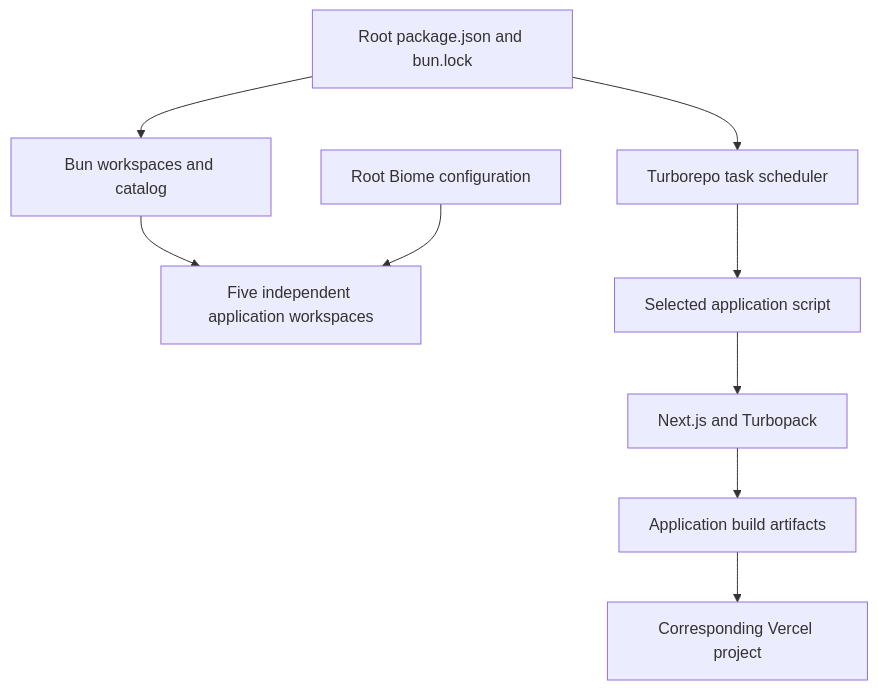
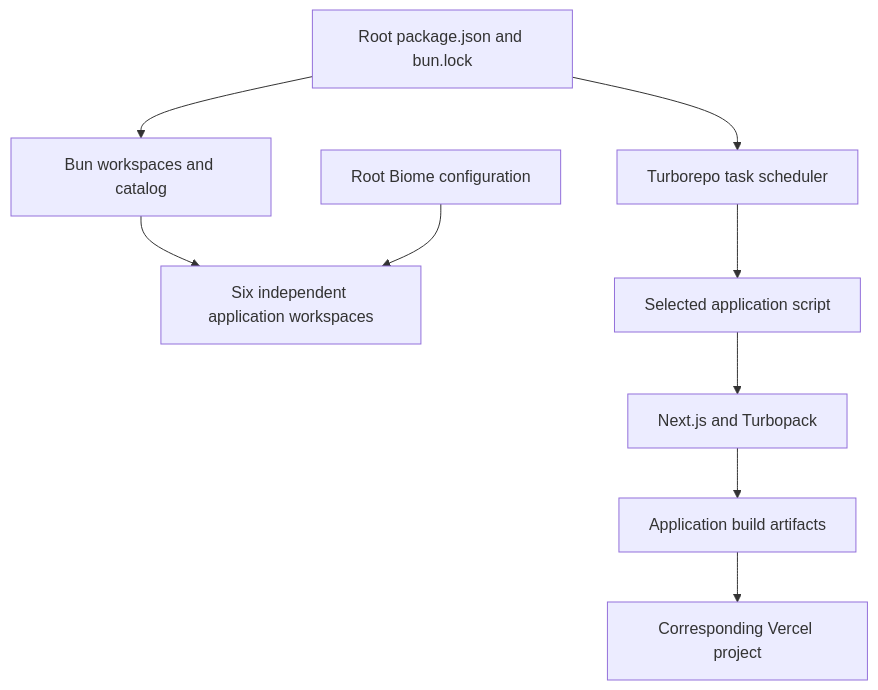
Before and after one commit to martincalvodaniel/damaca-vercel-apps: the diagram in docs/monorepo.md, drawn with Mermaid. The commit also changed other lines of this file and 78 other files, not shown here.

````diff
--- a/docs/monorepo.md
+++ b/docs/monorepo.md
@@ -34,11 +36,11 @@
 ```mermaid
 flowchart TD
     Root[Root package.json and bun.lock] --> Bun[Bun workspaces and catalog]
-    Bun --> Apps[Five independent application workspaces]
+    Bun --> Apps[Six independent application workspaces]
     Root --> Turbo[Turborepo task scheduler]
     Turbo --> AppTask[Selected application script]
     AppTask --> Next[Next.js and Turbopack]
     Next --> Artifacts[Application build artifacts]
     Artifacts --> Project[Corresponding Vercel project]
     Biome[Root Biome configuration] --> Apps
 ```
````
